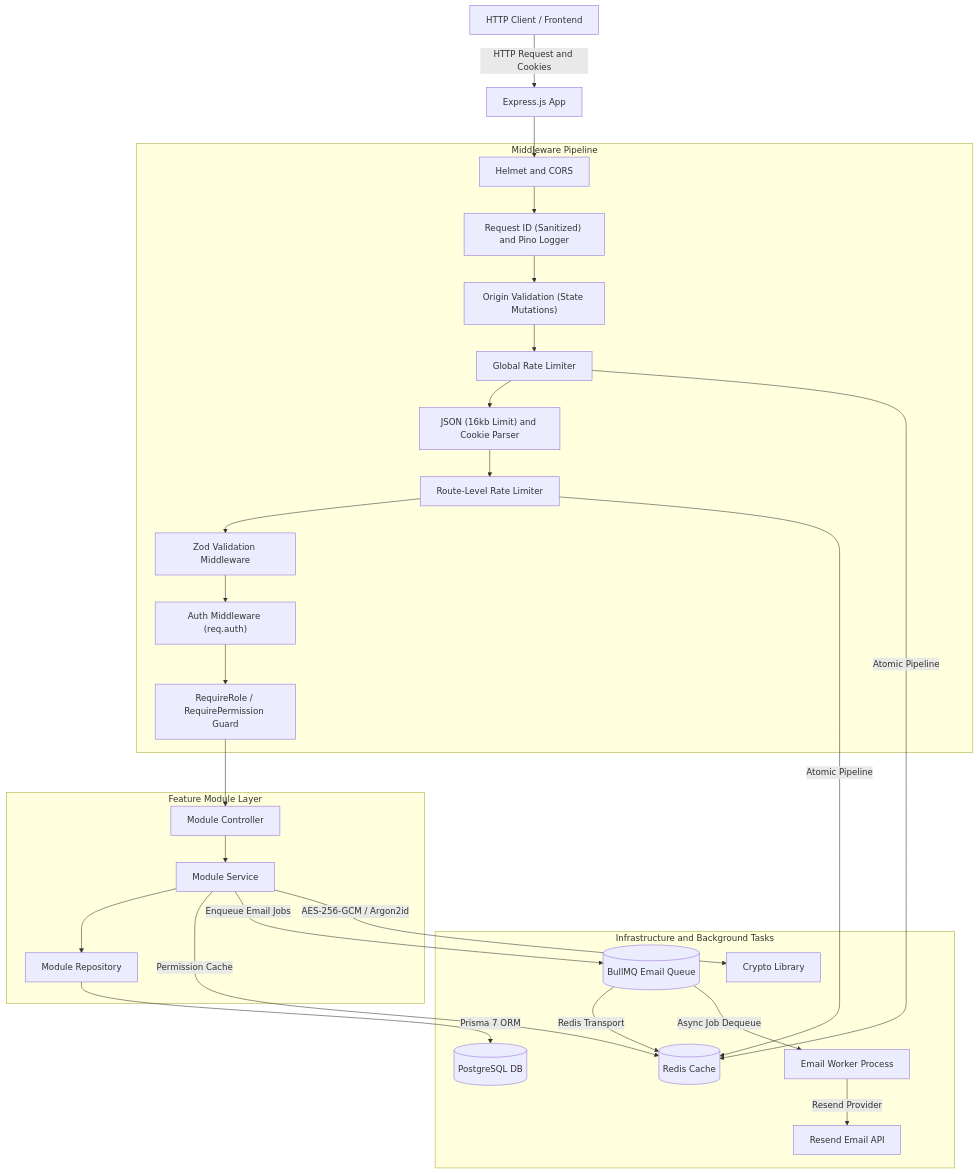
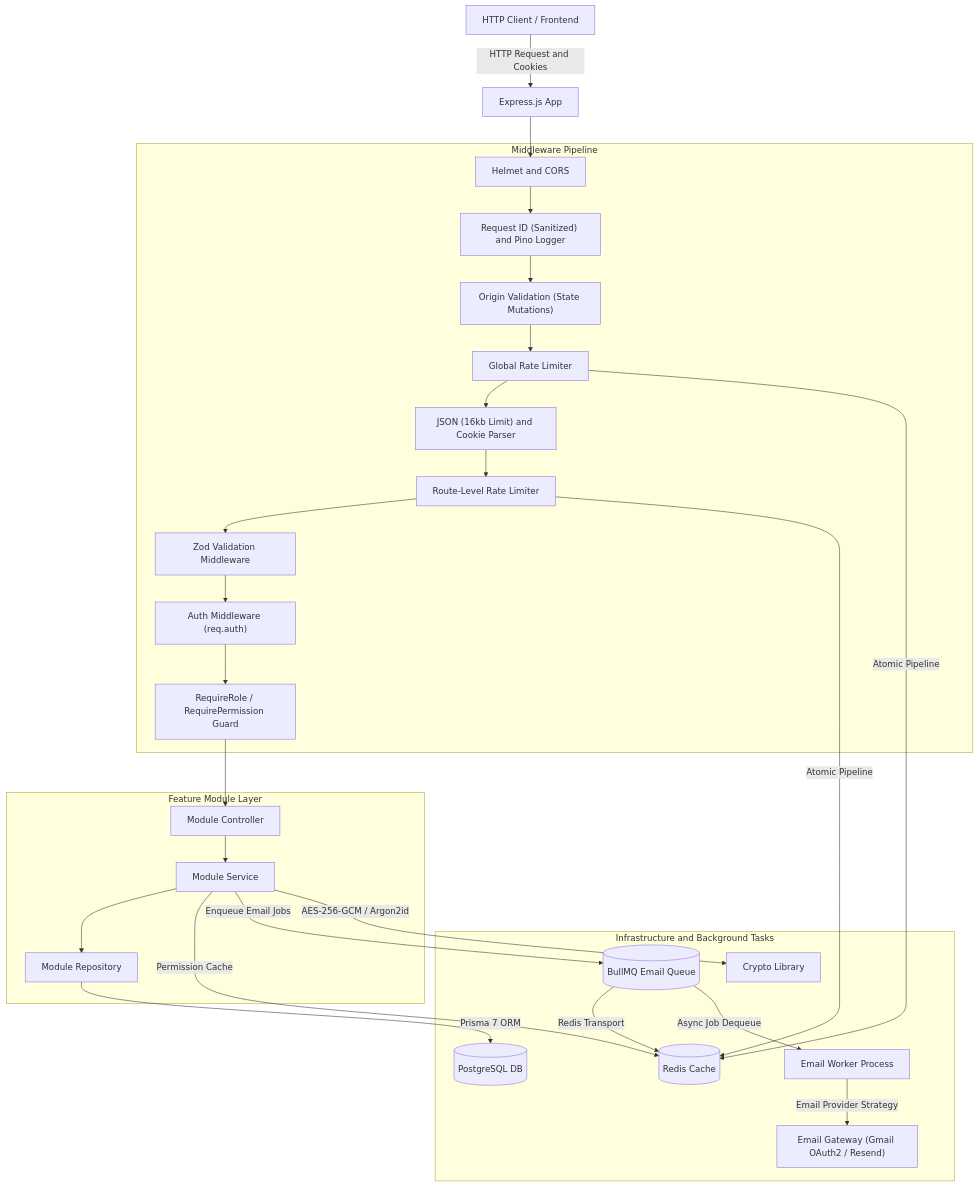
Before and after one commit to utkarshj014/authsphere: the first of 10 diagrams in docs/ARCHITECTURE.md, drawn with Mermaid. The commit also changed other lines of this file and 18 other files, not shown here.

Commit message:
Email configuration and provider-agnostic pattern

````diff
--- a/docs/ARCHITECTURE.md
+++ b/docs/ARCHITECTURE.md
@@ -43,56 +43,56 @@
 ```mermaid
 flowchart TD
     Client["HTTP Client / Frontend"] -->|HTTP Request and Cookies| Express["Express.js App"]
 
     subgraph MP ["Middleware Pipeline"]
         Helmet["Helmet and CORS"]
         ReqID["Request ID (Sanitized) and Pino Logger"]
         OriginGuard["Origin Validation (State Mutations)"]
         RateLimiter["Global Rate Limiter"]
         BodyParser["JSON (16kb Limit) and Cookie Parser"]
         RouteRL["Route-Level Rate Limiter"]
         Validate["Zod Validation Middleware"]
         AuthGuard["Auth Middleware (req.auth)"]
         PermissionGuard["RequireRole / RequirePermission Guard"]
 
         Helmet --> ReqID
         ReqID --> OriginGuard
         OriginGuard --> RateLimiter
         RateLimiter --> BodyParser
         BodyParser --> RouteRL
         RouteRL --> Validate
         Validate --> AuthGuard
         AuthGuard --> PermissionGuard
     end
 
     subgraph FML ["Feature Module Layer"]
         Controller["Module Controller"]
         Service["Module Service"]
         Repository["Module Repository"]
 
         Controller --> Service
         Service --> Repository
     end
 
     subgraph IBT ["Infrastructure and Background Tasks"]
         Redis[("Redis Cache")]
         BullMQ[("BullMQ Email Queue")]
         Worker["Email Worker Process"]
-        ResendAPI["Resend Email API"]
+        EmailGateway["Email Gateway (Gmail OAuth2 / Resend)"]
         CryptoLib["Crypto Library"]
         Postgres[("PostgreSQL DB")]
 
         BullMQ -->|Redis Transport| Redis
         BullMQ -->|Async Job Dequeue| Worker
-        Worker -->|Resend Provider| ResendAPI
+        Worker -->|Email Provider Strategy| EmailGateway
     end
 
     Express --> Helmet
     PermissionGuard --> Controller
     RateLimiter -->|Atomic Pipeline| Redis
     RouteRL -->|Atomic Pipeline| Redis
     Service -->|Permission Cache| Redis
     Service -->|Enqueue Email Jobs| BullMQ
     Service -->|AES-256-GCM / Argon2id| CryptoLib
     Repository -->|Prisma 7 ORM| Postgres
 ```
````
